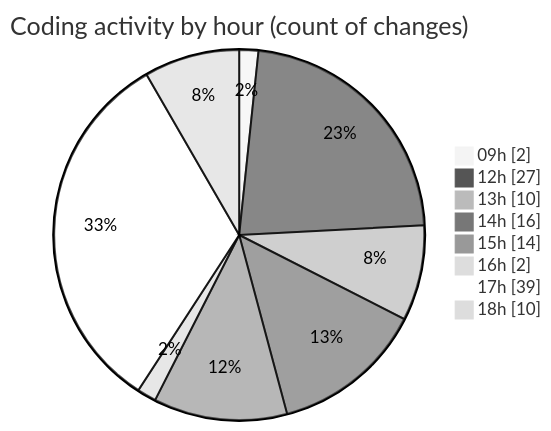
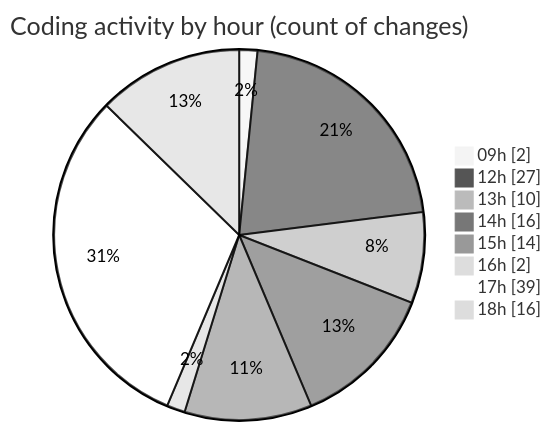
Before and after one commit to momahboobian/code-tracking: the second of 2 diagrams in 2025-11-06/cda/README.md, drawn with Mermaid (neutral theme). The commit also changed other lines of this file and 1 other file, not shown here.

````diff
--- a/2025-11-06/cda/README.md
+++ b/2025-11-06/cda/README.md
@@ -68,12 +68,12 @@
 ```mermaid
 pie showData
 title Coding activity by hour (count of changes)
 "09h" : 2
 "12h" : 27
 "13h" : 10
 "14h" : 16
 "15h" : 14
 "16h" : 2
 "17h" : 39
-"18h" : 10
+"18h" : 16
 ```
````
